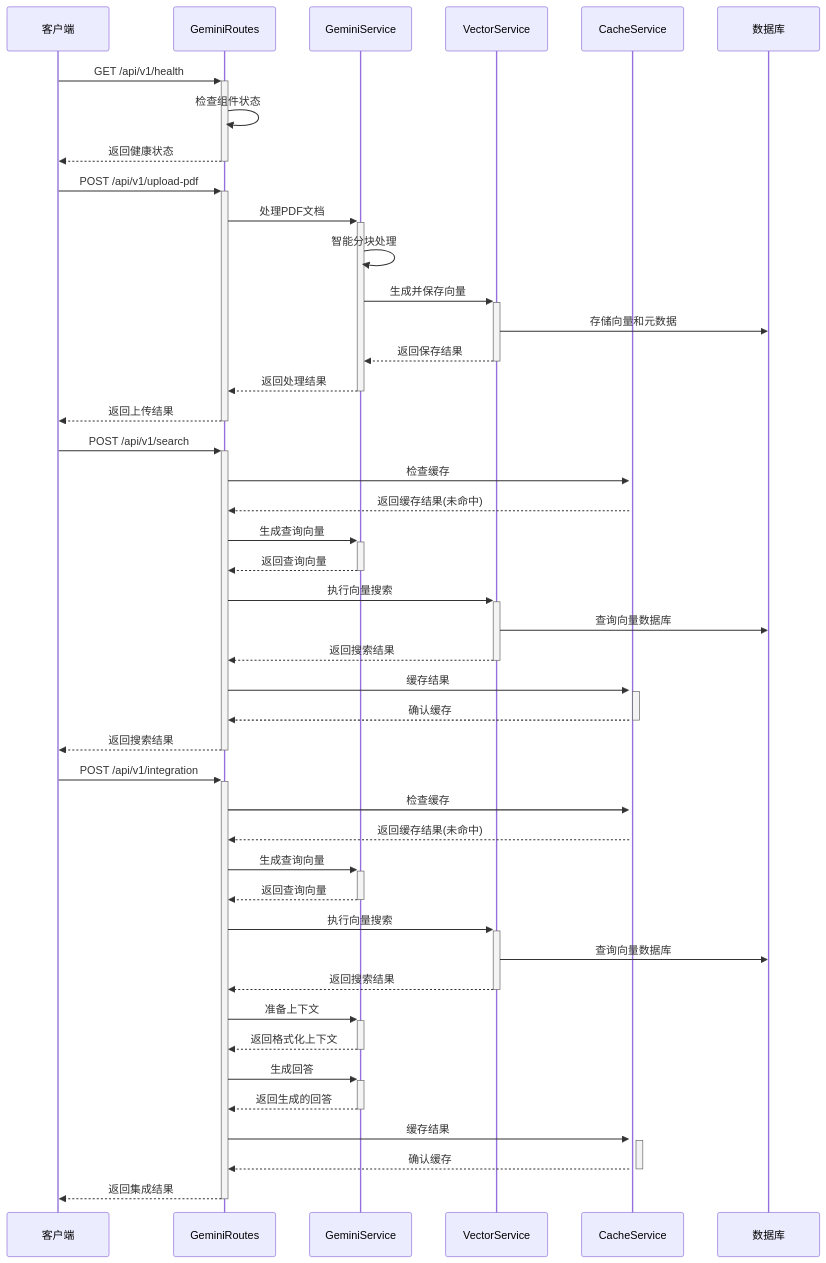
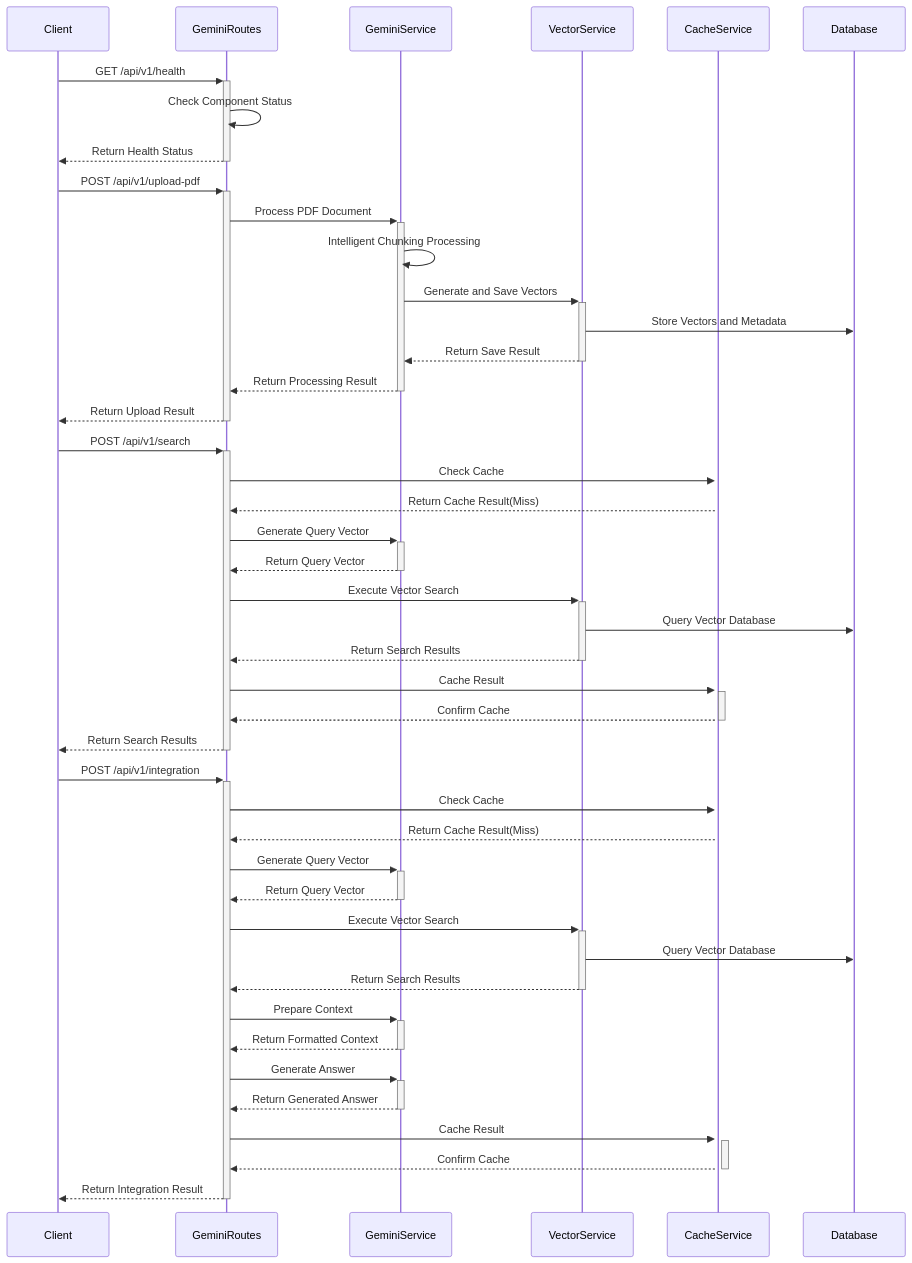
The fourth of 10 diagrams in README.md (zking2000/gemini-vector-search), drawn with Mermaid before and after one commit. The commit also changed other lines of this file and 13 other files, not shown here.

````diff
--- a/README.md
+++ b/README.md
@@ -640,54 +629,54 @@
 ```mermaid
 sequenceDiagram
-    participant C as 客户端
+    participant C as Client
     participant R as GeminiRoutes
     participant GS as GeminiService
     participant VS as VectorService
     participant CS as CacheService
-    participant DB as 数据库
+    participant DB as Database
     
-    %% 健康检查流程
+    %% Health Check Flow
     C->>+R: GET /api/v1/health
-    R->>R: 检查组件状态
-    R-->>-C: 返回健康状态
+    R->>R: Check Component Status
+    R-->>-C: Return Health Status
     
-    %% 文档上传流程
+    %% Document Upload Flow
     C->>+R: POST /api/v1/upload-pdf
-    R->>+GS: 处理PDF文档
-    GS->>GS: 智能分块处理
-    GS->>+VS: 生成并保存向量
-    VS->>DB: 存储向量和元数据
-    VS-->>-GS: 返回保存结果
-    GS-->>-R: 返回处理结果
-    R-->>-C: 返回上传结果
+    R->>+GS: Process PDF Document
+    GS->>GS: Intelligent Chunking Processing
+    GS->>+VS: Generate and Save Vectors
+    VS->>DB: Store Vectors and Metadata
+    VS-->>-GS: Return Save Result
+    GS-->>-R: Return Processing Result
+    R-->>-C: Return Upload Result
     
-    %% 向量搜索流程
+    %% Vector Search Flow
     C->>+R: POST /api/v1/search
-    R->>+CS: 检查缓存
-    CS-->>R: 返回缓存结果(未命中)
-    R->>+GS: 生成查询向量
-    GS-->>-R: 返回查询向量
-    R->>+VS: 执行向量搜索
-    VS->>DB: 查询向量数据库
-    VS-->>-R: 返回搜索结果
-    R->>+CS: 缓存结果
-    CS-->>-R: 确认缓存
-    R-->>-C: 返回搜索结果
+    R->>+CS: Check Cache
+    CS-->>R: Return Cache Result(Miss)
+    R->>+GS: Generate Query Vector
+    GS-->>-R: Return Query Vector
+    R->>+VS: Execute Vector Search
+    VS->>DB: Query Vector Database
+    VS-->>-R: Return Search Results
+    R->>+CS: Cache Result
+    CS-->>-R: Confirm Cache
+    R-->>-C: Return Search Results
     
-    %% 集成查询流程
+    %% Integration Query Flow
     C->>+R: POST /api/v1/integration
-    R->>+CS: 检查缓存
-    CS-->>R: 返回缓存结果(未命中)
-    R->>+GS: 生成查询向量
-    GS-->>-R: 返回查询向量
-    R->>+VS: 执行向量搜索
-    VS->>DB: 查询向量数据库
-    VS-->>-R: 返回搜索结果
-    R->>+GS: 准备上下文
-    GS-->>-R: 返回格式化上下文
-    R->>+GS: 生成回答
-    GS-->>-R: 返回生成的回答
-    R->>+CS: 缓存结果
-    CS-->>-R: 确认缓存
-    R-->>-C: 返回集成结果
+    R->>+CS: Check Cache
+    CS-->>R: Return Cache Result(Miss)
+    R->>+GS: Generate Query Vector
+    GS-->>-R: Return Query Vector
+    R->>+VS: Execute Vector Search
+    VS->>DB: Query Vector Database
+    VS-->>-R: Return Search Results
+    R->>+GS: Prepare Context
+    GS-->>-R: Return Formatted Context
+    R->>+GS: Generate Answer
+    GS-->>-R: Return Generated Answer
+    R->>+CS: Cache Result
+    CS-->>-R: Confirm Cache
+    R-->>-C: Return Integration Result
 ```
````
